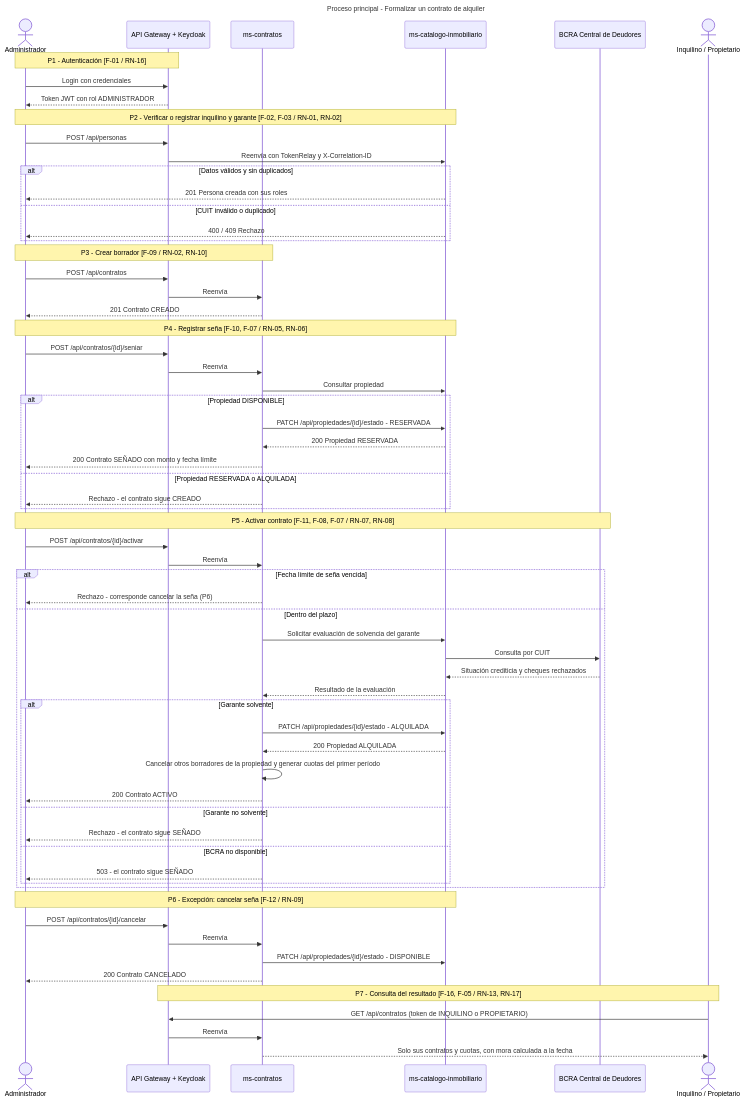
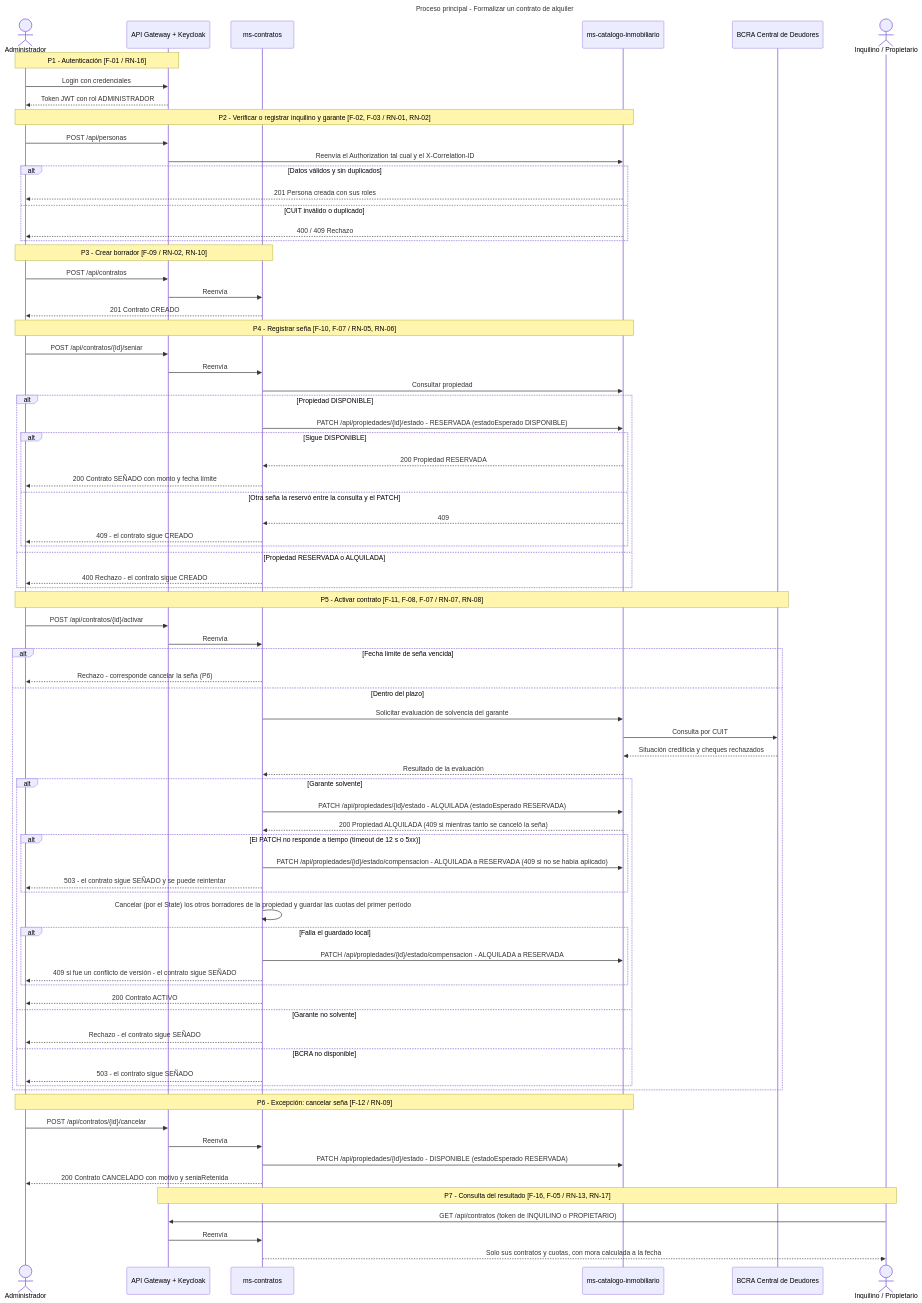
One commit to Luxuul01/tpi-back-RovedaSA changed the diagram in docs/ProcesoPrincipal.md. Above: the diagram before and after it, drawn with Mermaid. The commit also changed other lines of this file and 55 other files, not shown here.

Commit message:
contratos: cuotas por periodo, ajustes por hito, saga con compensacion, token de servicio y misma seguridad en todos los perfiles

```diff
--- a/docs/ProcesoPrincipal.md
+++ b/docs/ProcesoPrincipal.md
@@ -20,7 +20,7 @@
 
     Note over A,CA: P2 - Verificar o registrar inquilino y garante [F-02, F-03 / RN-01, RN-02]
     A->>GW: POST /api/personas
-    GW->>CA: Reenvía con TokenRelay y X-Correlation-ID
+    GW->>CA: Reenvía el Authorization tal cual y el X-Correlation-ID
     alt Datos válidos y sin duplicados
         CA-->>A: 201 Persona creada con sus roles
     else CUIT inválido o duplicado
@@ -37,11 +37,16 @@
     GW->>CT: Reenvía
     CT->>CA: Consultar propiedad
     alt Propiedad DISPONIBLE
-        CT->>CA: PATCH /api/propiedades/{id}/estado - RESERVADA
-        CA-->>CT: 200 Propiedad RESERVADA
-        CT-->>A: 200 Contrato SEÑADO con monto y fecha límite
+        CT->>CA: PATCH /api/propiedades/{id}/estado - RESERVADA (estadoEsperado DISPONIBLE)
+        alt Sigue DISPONIBLE
+            CA-->>CT: 200 Propiedad RESERVADA
+            CT-->>A: 200 Contrato SEÑADO con monto y fecha límite
+        else Otra seña la reservó entre la consulta y el PATCH
+            CA-->>CT: 409
+            CT-->>A: 409 - el contrato sigue CREADO
+        end
     else Propiedad RESERVADA o ALQUILADA
-        CT-->>A: Rechazo - el contrato sigue CREADO
+        CT-->>A: 400 Rechazo - el contrato sigue CREADO
     end
 
     Note over A,BC: P5 - Activar contrato [F-11, F-08, F-07 / RN-07, RN-08]
@@ -55,9 +60,17 @@
         BC-->>CA: Situación crediticia y cheques rechazados
         CA-->>CT: Resultado de la evaluación
         alt Garante solvente
-            CT->>CA: PATCH /api/propiedades/{id}/estado - ALQUILADA
-            CA-->>CT: 200 Propiedad ALQUILADA
-            CT->>CT: Cancelar otros borradores de la propiedad y generar cuotas del primer período
+            CT->>CA: PATCH /api/propiedades/{id}/estado - ALQUILADA (estadoEsperado RESERVADA)
+            CA-->>CT: 200 Propiedad ALQUILADA (409 si mientras tanto se canceló la seña)
+            alt El PATCH no responde a tiempo (timeout de 12 s o 5xx)
+                CT->>CA: PATCH /api/propiedades/{id}/estado/compensacion - ALQUILADA a RESERVADA (409 si no se había aplicado)
+                CT-->>A: 503 - el contrato sigue SEÑADO y se puede reintentar
+            end
+            CT->>CT: Cancelar (por el State) los otros borradores de la propiedad y guardar las cuotas del primer período
+            alt Falla el guardado local
+                CT->>CA: PATCH /api/propiedades/{id}/estado/compensacion - ALQUILADA a RESERVADA
+                CT-->>A: 409 si fue un conflicto de versión - el contrato sigue SEÑADO
+            end
             CT-->>A: 200 Contrato ACTIVO
         else Garante no solvente
             CT-->>A: Rechazo - el contrato sigue SEÑADO
@@ -69,8 +82,8 @@
     Note over A,CA: P6 - Excepción: cancelar seña [F-12 / RN-09]
     A->>GW: POST /api/contratos/{id}/cancelar
     GW->>CT: Reenvía
-    CT->>CA: PATCH /api/propiedades/{id}/estado - DISPONIBLE
-    CT-->>A: 200 Contrato CANCELADO
+    CT->>CA: PATCH /api/propiedades/{id}/estado - DISPONIBLE (estadoEsperado RESERVADA)
+    CT-->>A: 200 Contrato CANCELADO con motivo y seniaRetenida
 
     Note over GW,U: P7 - Consulta del resultado [F-16, F-05 / RN-13, RN-17]
     U->>GW: GET /api/contratos (token de INQUILINO o PROPIETARIO)
```
